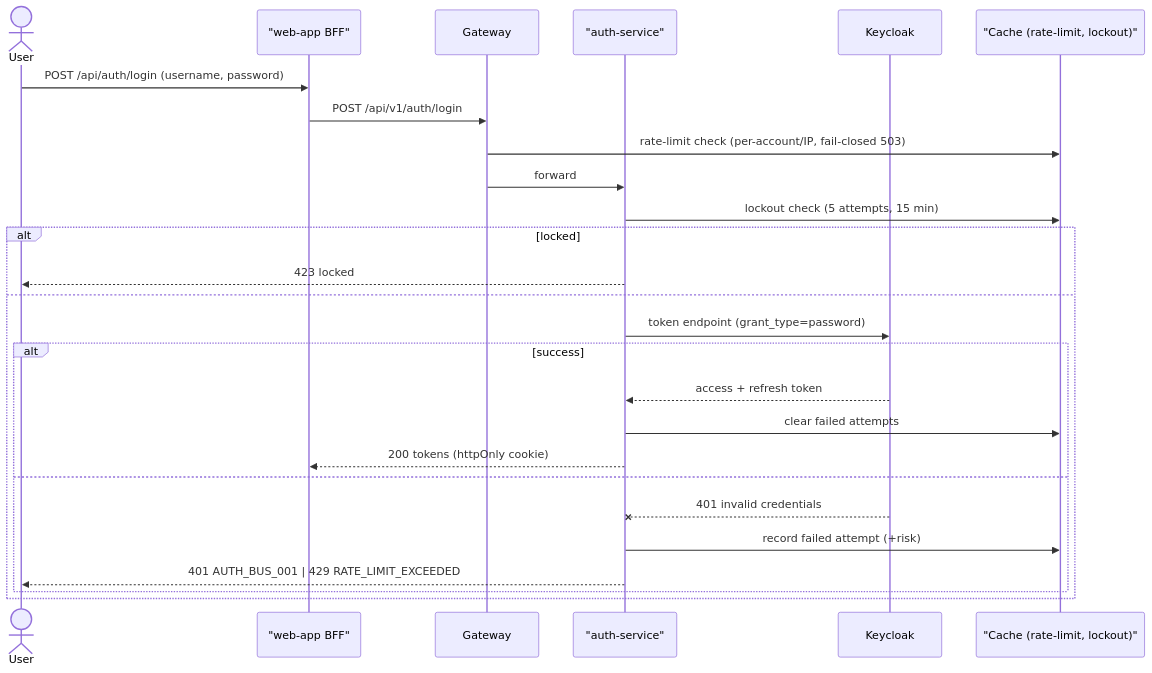
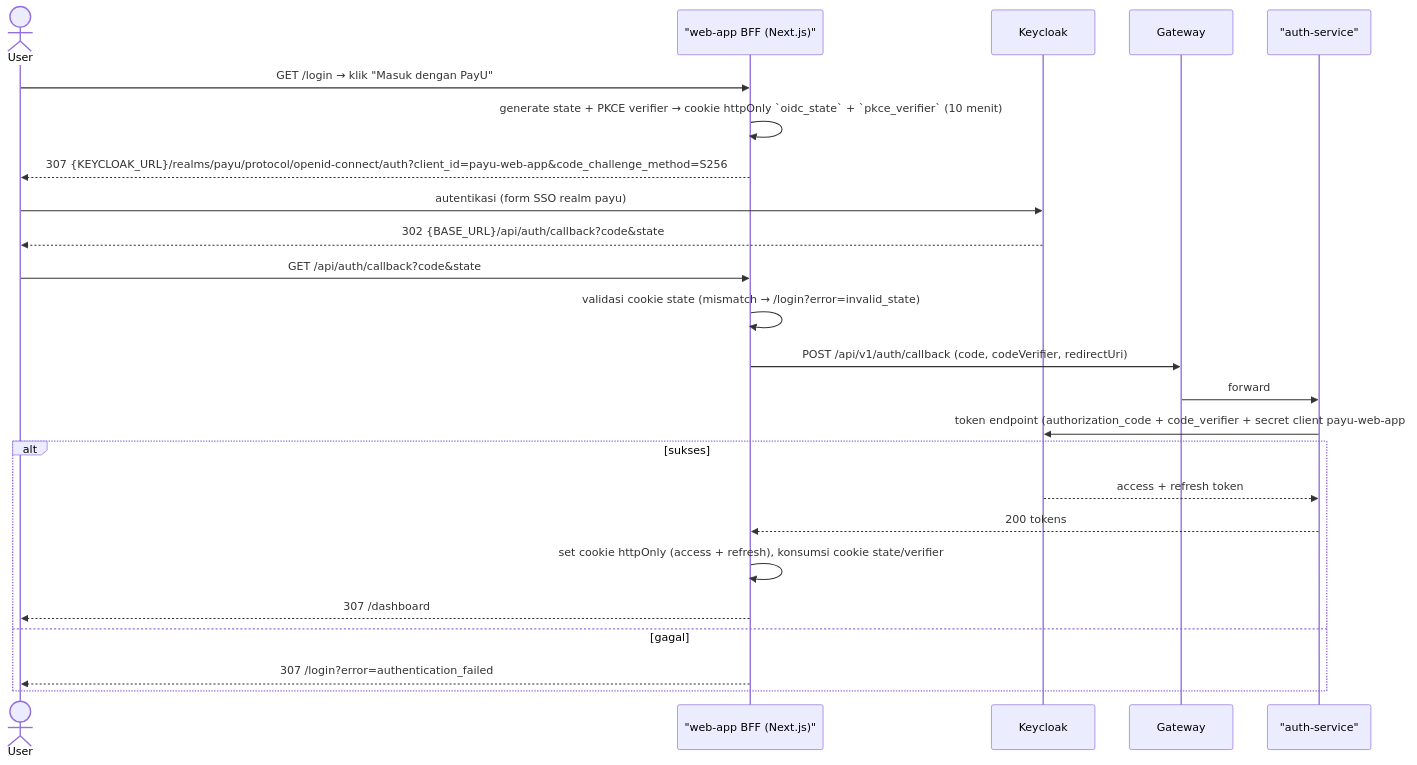
The second of 57 diagrams in docs/product/FLOWS.md (fajjarnr/payu), drawn with Mermaid before and after one commit. The commit also changed other lines of this file and 1 other file, not shown here.

Commit message:
docs: sync login flow to oidc pkce
- FLOWS.md: rewrite web login sequence to Authorization Code + PKCE via Keycloak (LOGIN-003); remove obsolete password grant/rate-limit diagram
- TODOS.md: session notes

````diff
--- a/docs/product/FLOWS.md
+++ b/docs/product/FLOWS.md
@@ -50,29 +50,27 @@
 ```mermaid
 sequenceDiagram
     actor U as User
-    participant B as "web-app BFF"
+    participant B as "web-app BFF (Next.js)"
+    participant KC as Keycloak
     participant G as Gateway
     participant A as "auth-service"
-    participant KC as Keycloak
-    participant CA as "Cache (rate-limit, lockout)"
 
-    U->>B: POST /api/auth/login (username, password)
-    B->>G: POST /api/v1/auth/login
-    G->>CA: rate-limit check (per-account/IP, fail-closed 503)
+    U->>B: GET /login → klik "Masuk dengan PayU"
+    B->>B: generate state + PKCE verifier → cookie httpOnly `oidc_state` + `pkce_verifier` (10 menit)
+    B-->>U: 307 {KEYCLOAK_URL}/realms/payu/protocol/openid-connect/auth?client_id=payu-web-app&code_challenge_method=S256
+    U->>KC: autentikasi (form SSO realm payu)
+    KC-->>U: 302 {BASE_URL}/api/auth/callback?code&state
+    U->>B: GET /api/auth/callback?code&state
+    B->>B: validasi cookie state (mismatch → /login?error=invalid_state)
+    B->>G: POST /api/v1/auth/callback (code, codeVerifier, redirectUri)
     G->>A: forward
-    A->>CA: lockout check (5 attempts, 15 min)
-    alt locked
-        A-->>U: 423 locked
-    else
-        A->>KC: token endpoint (grant_type=password)
-        alt success
-            KC-->>A: access + refresh token
-            A->>CA: clear failed attempts
-            A-->>B: 200 tokens (httpOnly cookie)
-        else
-            KC--x A: 401 invalid credentials
-            A->>CA: record failed attempt (+risk)
-            A-->>U: 401 AUTH_BUS_001 | 429 RATE_LIMIT_EXCEEDED
-        end
+    A->>KC: token endpoint (authorization_code + code_verifier + secret client payu-web-app)
+    alt sukses
+        KC-->>A: access + refresh token
+        A-->>B: 200 tokens
+        B->>B: set cookie httpOnly (access + refresh), konsumsi cookie state/verifier
+        B-->>U: 307 /dashboard
+    else gagal
+        B-->>U: 307 /login?error=authentication_failed
     end
 ```
````
